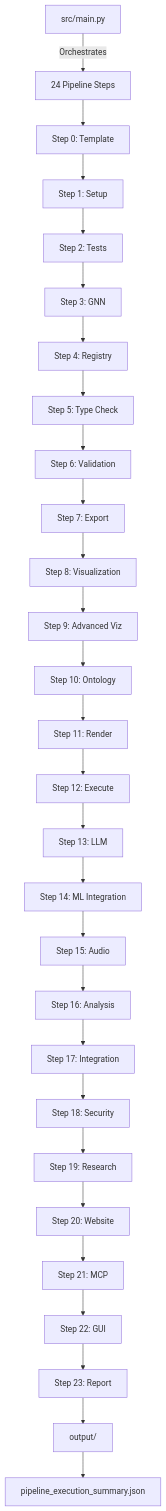
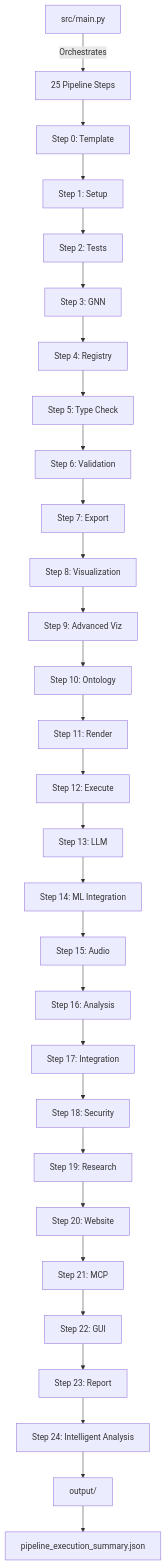
One commit to ActiveInferenceInstitute/GeneralizedNotationNotation changed the second of 3 diagrams in AGENTS.md. Above: the diagram before and after it, drawn with Mermaid. The commit also changed other lines of this file and 10 other files, not shown here.

````diff
--- a/AGENTS.md
+++ b/AGENTS.md
@@ -134,32 +134,33 @@
 ```mermaid
 flowchart TD
-    Main[src/main.py] -->|Orchestrates| Steps[24 Pipeline Steps]
+    Main[src/main.py] -->|Orchestrates| Steps[25 Pipeline Steps]
     
     Steps --> Step0[Step 0: Template]
     Step0 --> Step1[Step 1: Setup]
     Step1 --> Step2[Step 2: Tests]
     Step2 --> Step3[Step 3: GNN]
     Step3 --> Step4[Step 4: Registry]
     Step4 --> Step5[Step 5: Type Check]
     Step5 --> Step6[Step 6: Validation]
     Step6 --> Step7[Step 7: Export]
     Step7 --> Step8[Step 8: Visualization]
     Step8 --> Step9[Step 9: Advanced Viz]
     Step9 --> Step10[Step 10: Ontology]
     Step10 --> Step11[Step 11: Render]
     Step11 --> Step12[Step 12: Execute]
     Step12 --> Step13[Step 13: LLM]
     Step13 --> Step14[Step 14: ML Integration]
     Step14 --> Step15[Step 15: Audio]
     Step15 --> Step16[Step 16: Analysis]
     Step16 --> Step17[Step 17: Integration]
     Step17 --> Step18[Step 18: Security]
     Step18 --> Step19[Step 19: Research]
     Step19 --> Step20[Step 20: Website]
     Step20 --> Step21[Step 21: MCP]
     Step21 --> Step22[Step 22: GUI]
     Step22 --> Step23[Step 23: Report]
-    
-    Step23 --> Output[output/]
+    Step23 --> Step24[Step 24: Intelligent Analysis]
+
+    Step24 --> Output[output/]
     Output --> Summary[pipeline_execution_summary.json]
 ```
````
